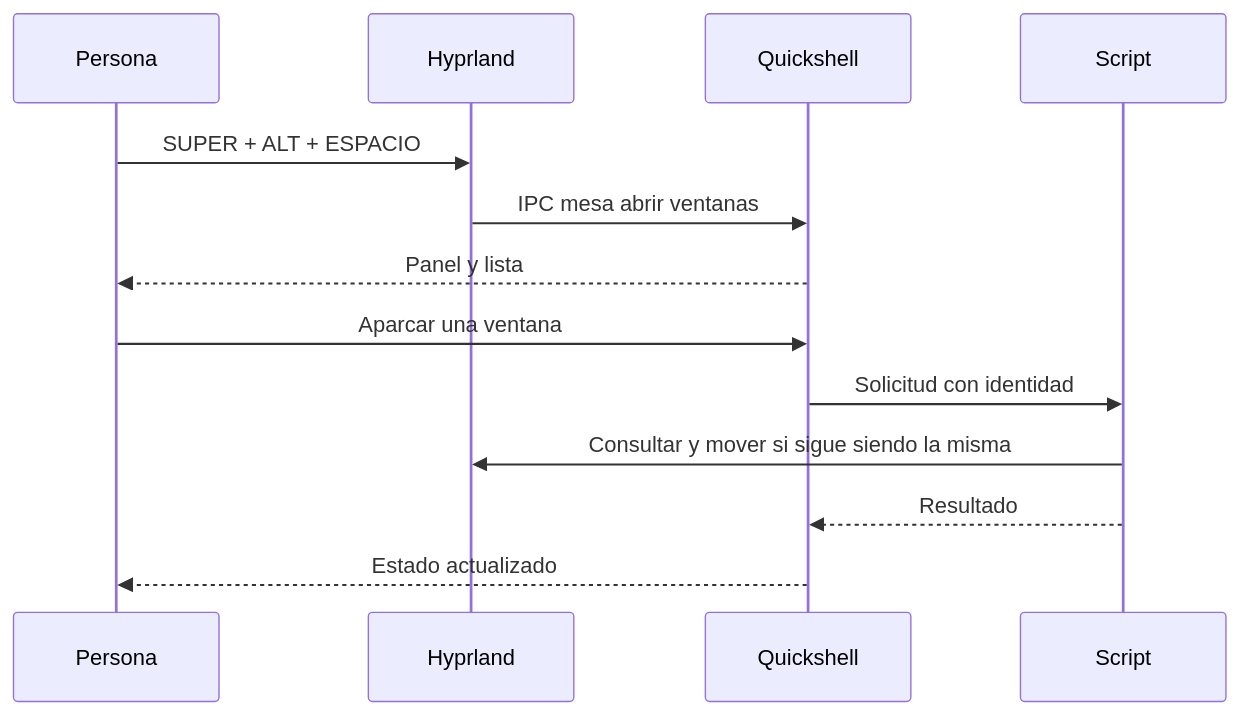
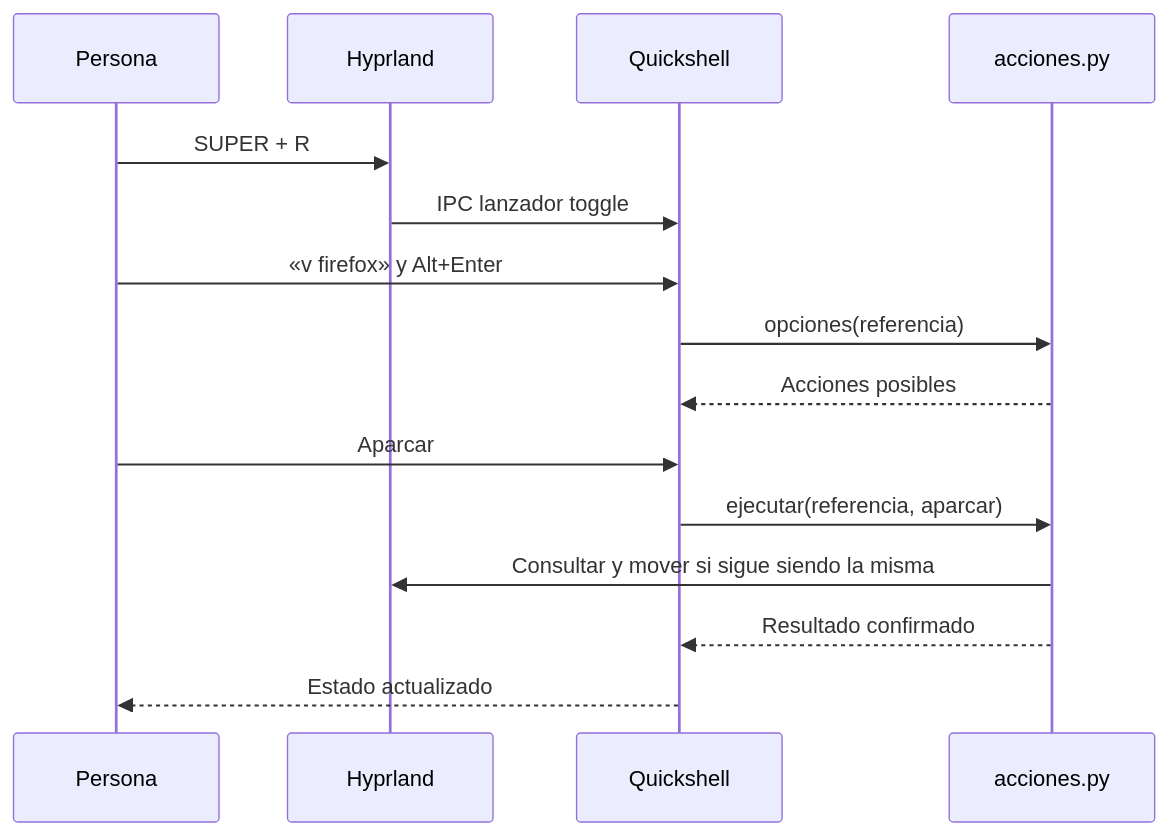
Before and after one commit to EchoStrokes08/dotfiles: the diagram in docs/guia-estudio.md, drawn with Mermaid. The commit also changed other lines of this file and 8 other files, not shown here.

````diff
--- a/docs/guia-estudio.md
+++ b/docs/guia-estudio.md
@@ -68,15 +71,17 @@
 ```mermaid
 sequenceDiagram
     participant U as Persona
     participant H as Hyprland
     participant Q as Quickshell
-    participant S as Script
-    U->>H: SUPER + ALT + ESPACIO
-    H->>Q: IPC mesa abrir ventanas
-    Q-->>U: Panel y lista
-    U->>Q: Aparcar una ventana
-    Q->>S: Solicitud con identidad
+    participant S as acciones.py
+    U->>H: SUPER + R
+    H->>Q: IPC lanzador toggle
+    U->>Q: «v firefox» y Alt+Enter
+    Q->>S: opciones(referencia)
+    S-->>Q: Acciones posibles
+    U->>Q: Aparcar
+    Q->>S: ejecutar(referencia, aparcar)
     S->>H: Consultar y mover si sigue siendo la misma
-    S-->>Q: Resultado
+    S-->>Q: Resultado confirmado
     Q-->>U: Estado actualizado
 ```
````
